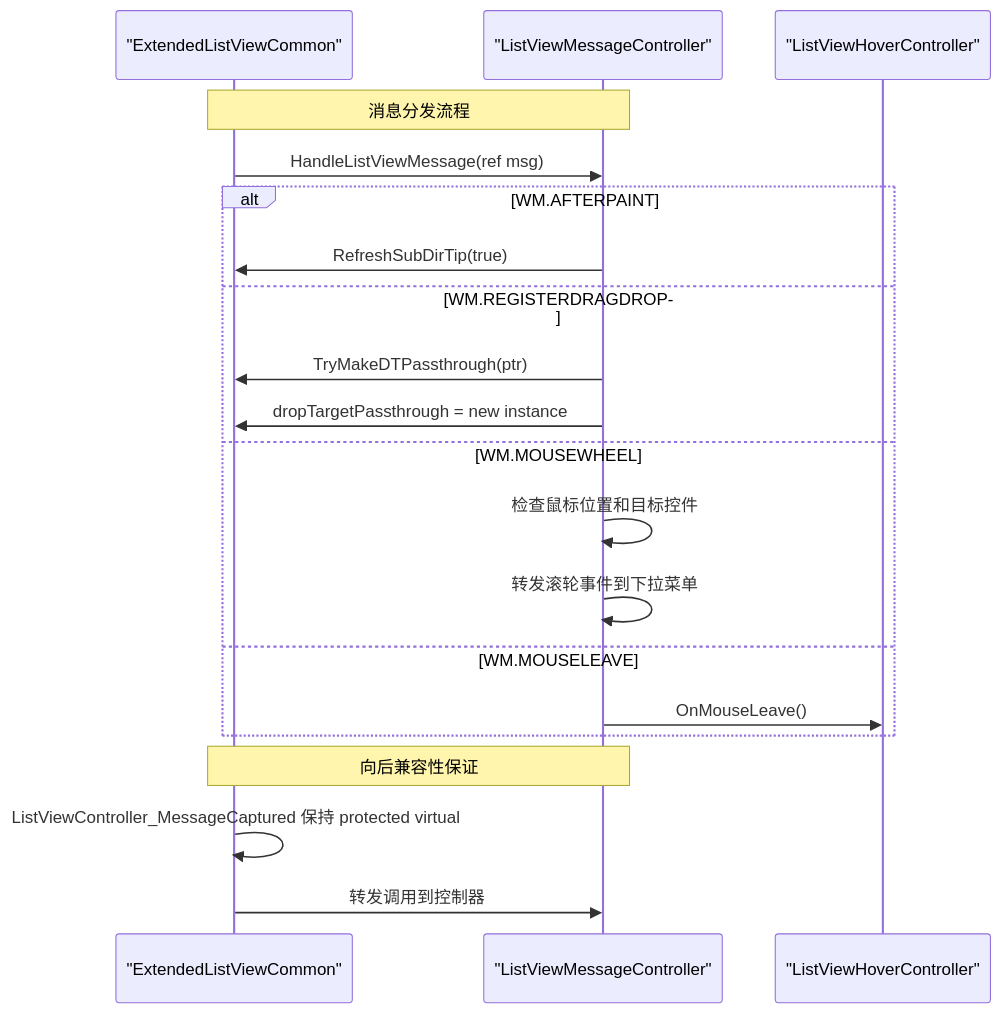
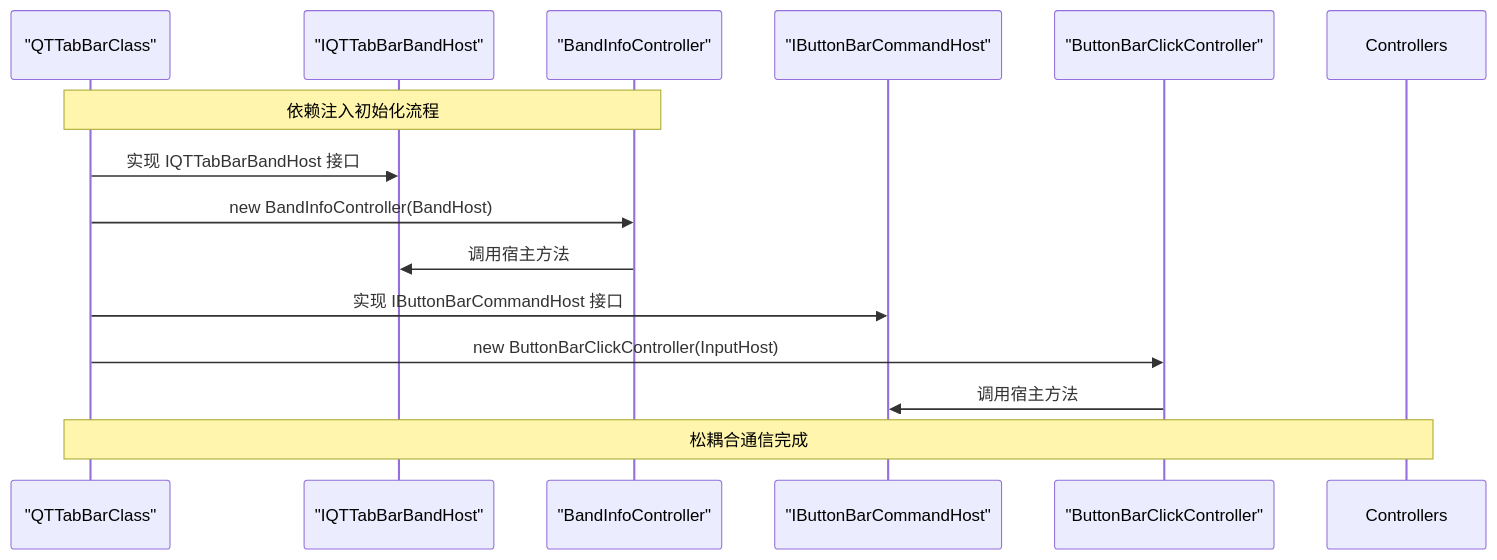
The sixth of 8 diagrams in .qoder/repowiki/zh/content/架构设计/UI 组件体系.md (rainiva/QTTabBar-Next), drawn with Mermaid before and after one commit. The commit also changed other lines of this file and 415 other files, not shown here.

First line of the commit message:
refactor(wave20): meet cluster root-cure target with host/controller extraction

````diff
--- a/.qoder/repowiki/zh/content/架构设计/UI 组件体系.md
+++ b/.qoder/repowiki/zh/content/架构设计/UI 组件体系.md
@@ -1714,22 +571,16 @@
 ```mermaid
 sequenceDiagram
-participant ELVC as "ExtendedListViewCommon"
-participant MessageController as "ListViewMessageController"
-participant HoverController as "ListViewHoverController"
-Note over ELVC,MessageController : 消息分发流程
-ELVC->>MessageController : HandleListViewMessage(ref msg)
-alt WM.AFTERPAINT
-MessageController->>ELVC : RefreshSubDirTip(true)
-else WM.REGISTERDRAGDROP
-MessageController->>ELVC : TryMakeDTPassthrough(ptr)
-MessageController->>ELVC : dropTargetPassthrough = new instance
-else WM.MOUSEWHEEL
-MessageController->>MessageController : 检查鼠标位置和目标控件
-MessageController->>MessageController : 转发滚轮事件到下拉菜单
-else WM.MOUSELEAVE
-MessageController->>HoverController : OnMouseLeave()
-end
-Note over ELVC,MessageController : 向后兼容性保证
-ELVC->>ELVC : ListViewController_MessageCaptured 保持 protected virtual
-ELVC->>MessageController : 转发调用到控制器
+participant Host as "QTTabBarClass"
+participant BandHost as "IQTTabBarBandHost"
+participant BandCtrl as "BandInfoController"
+participant InputHost as "IButtonBarCommandHost"
+participant InputCtrl as "ButtonBarClickController"
+Note over Host,BandCtrl : 依赖注入初始化流程
+Host->>BandHost : 实现 IQTTabBarBandHost 接口
+Host->>BandCtrl : new BandInfoController(BandHost)
+BandCtrl->>BandHost : 调用宿主方法
+Host->>InputHost : 实现 IButtonBarCommandHost 接口
+Host->>InputCtrl : new ButtonBarClickController(InputHost)
+InputCtrl->>InputHost : 调用宿主方法
+Note over Controllers,Host : 松耦合通信完成
 ```
````
